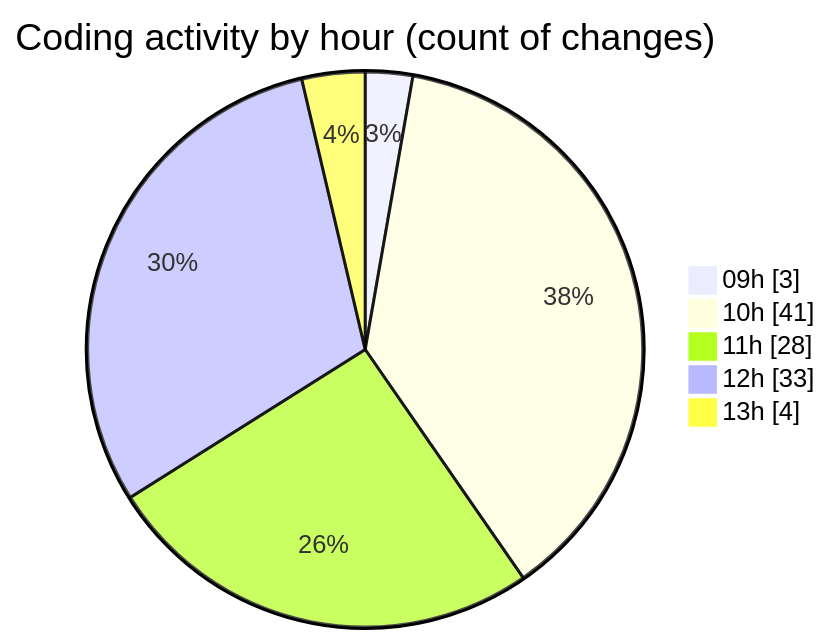
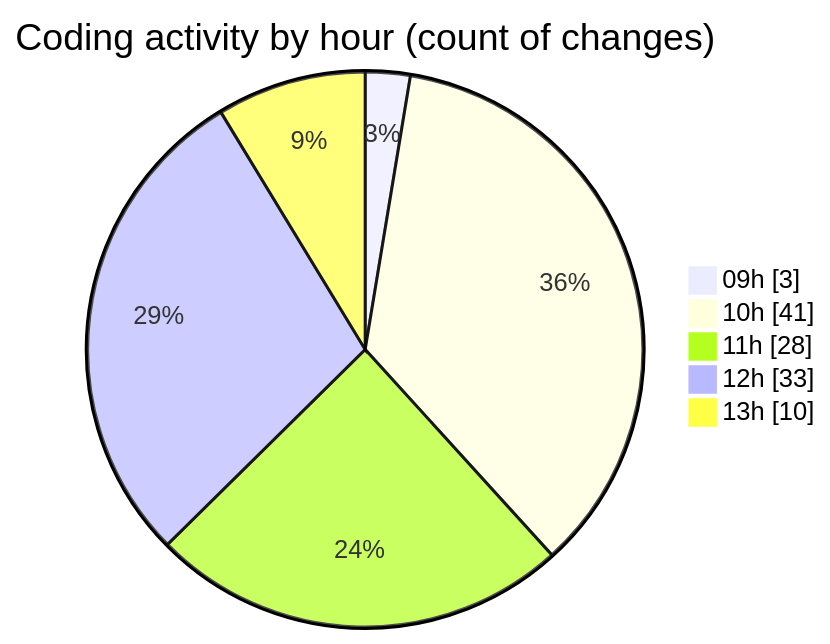
One commit to CELIANVF/code-tracking changed the second of 2 diagrams in 2025-05-19/ecodeli-1/README.md. Above: the diagram before and after it, drawn with Mermaid. The commit also changed other lines of this file and 1 other file, not shown here.

````diff
--- a/2025-05-19/ecodeli-1/README.md
+++ b/2025-05-19/ecodeli-1/README.md
@@ -61,9 +63,9 @@
 ```mermaid
 pie showData
 title Coding activity by hour (count of changes)
 "09h" : 3
 "10h" : 41
 "11h" : 28
 "12h" : 33
-"13h" : 4
+"13h" : 10
 ```
````
